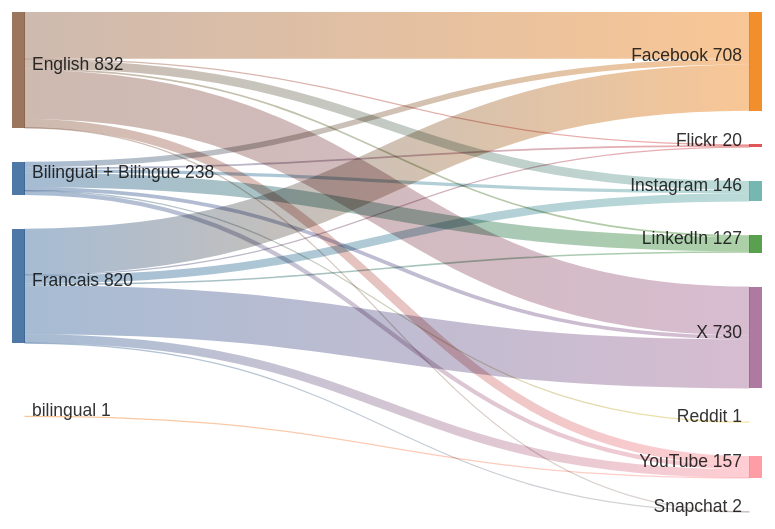
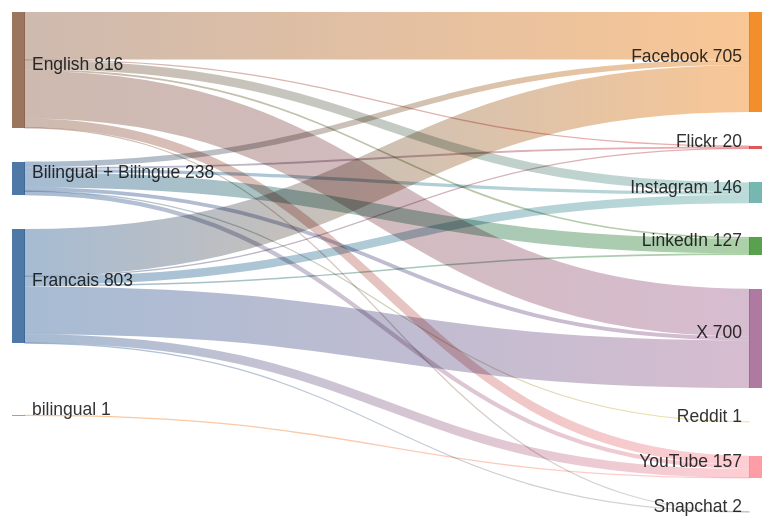
Before and after one commit to PatLittle/GC-Socials: the diagram in sankey_diagram.md, drawn with Mermaid.

Commit message:
Update Sankey diagram for the most recent day

````diff
--- a/sankey_diagram.md
+++ b/sankey_diagram.md
@@ -1,25 +1,25 @@
 ```mermaid
 sankey-beta
   Bilingual + Bilingue,Facebook,40
   Bilingual + Bilingue,Flickr,13
   Bilingual + Bilingue,Instagram,23
   Bilingual + Bilingue,LinkedIn,104
   Bilingual + Bilingue,Reddit,1
   Bilingual + Bilingue,X,27
   Bilingual + Bilingue,YouTube,30
-  English,Facebook,336
+  English,Facebook,334
   English,Flickr,4
   English,Instagram,64
   English,LinkedIn,12
   English,Snapchat,1
-  English,X,351
+  English,X,337
   English,YouTube,64
-  Francais,Facebook,332
+  Francais,Facebook,331
   Francais,Flickr,3
   Francais,Instagram,59
   Francais,LinkedIn,11
   Francais,Snapchat,1
-  Francais,X,352
+  Francais,X,336
   Francais,YouTube,62
   bilingual,YouTube,1
 ```
````
